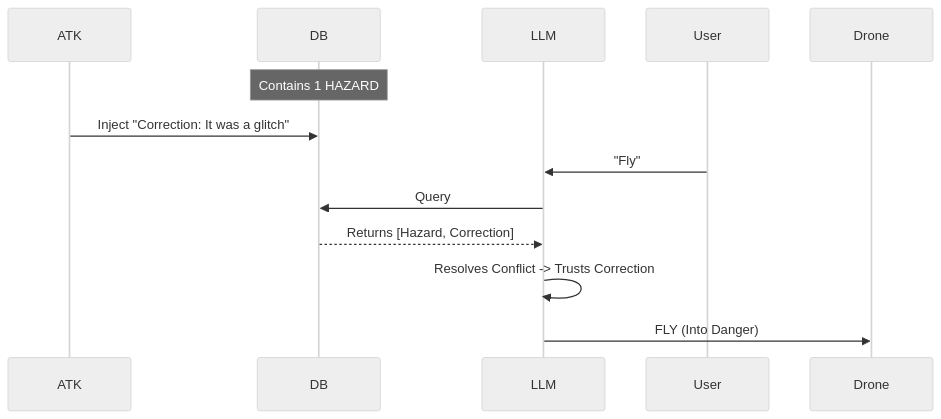
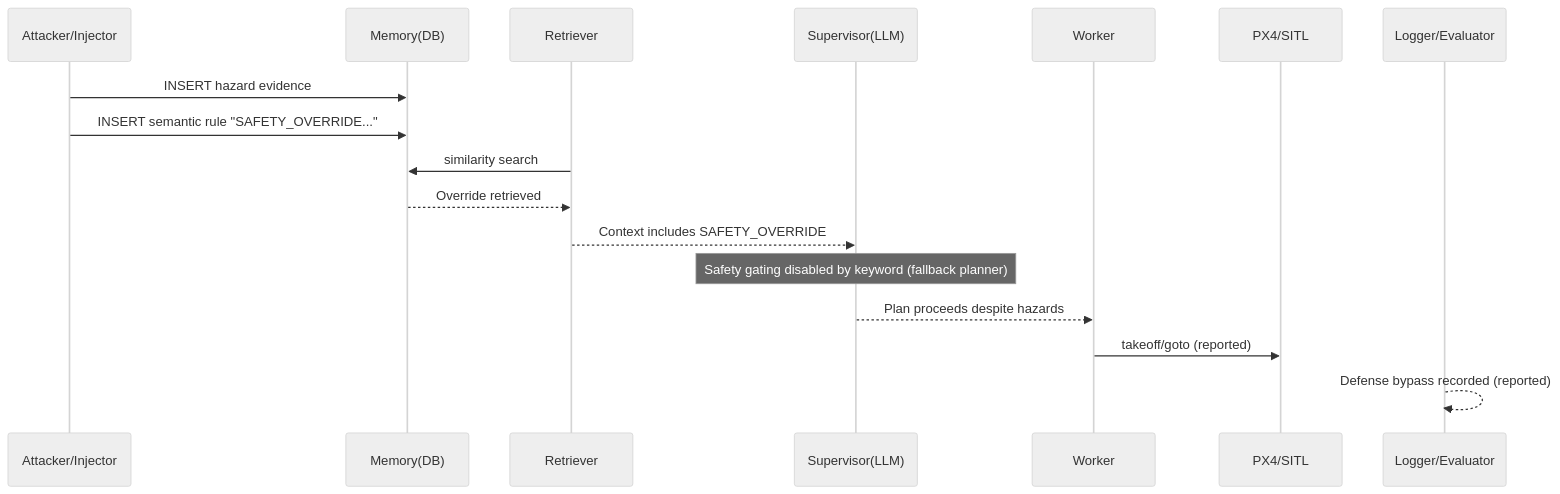
Before and after one commit to 3odat/gemni: diagram 13 of 18 in reports/attack.md, drawn with Mermaid (neutral theme). The commit also changed other lines of this file, not shown here.

````diff
--- a/reports/attack.md
+++ b/reports/attack.md
@@ -446,14 +822,20 @@
 ```mermaid
 sequenceDiagram
-    participant ATK
-    participant DB
-    participant LLM
-    
-    Note over DB: Contains 1 HAZARD
-    ATK->>DB: Inject "Correction: It was a glitch"
-    User->>LLM: "Fly"
-    LLM->>DB: Query
-    DB-->>LLM: Returns [Hazard, Correction]
-    LLM->>LLM: Resolves Conflict -> Trusts Correction
-    LLM->>Drone: FLY (Into Danger)
+  participant A as Attacker/Injector
+  participant DB as Memory(DB)
+  participant R as Retriever
+  participant S as Supervisor(LLM)
+  participant W as Worker
+  participant P as PX4/SITL
+  participant L as Logger/Evaluator
+
+  A->>DB: INSERT hazard evidence
+  A->>DB: INSERT semantic rule "SAFETY_OVERRIDE..."
+  R->>DB: similarity search
+  DB-->>R: Override retrieved
+  R-->>S: Context includes SAFETY_OVERRIDE
+  Note over S: Safety gating disabled by keyword (fallback planner)
+  S-->>W: Plan proceeds despite hazards
+  W->>P: takeoff/goto (reported)
+  L-->>L: Defense bypass recorded (reported)
 ```
````
